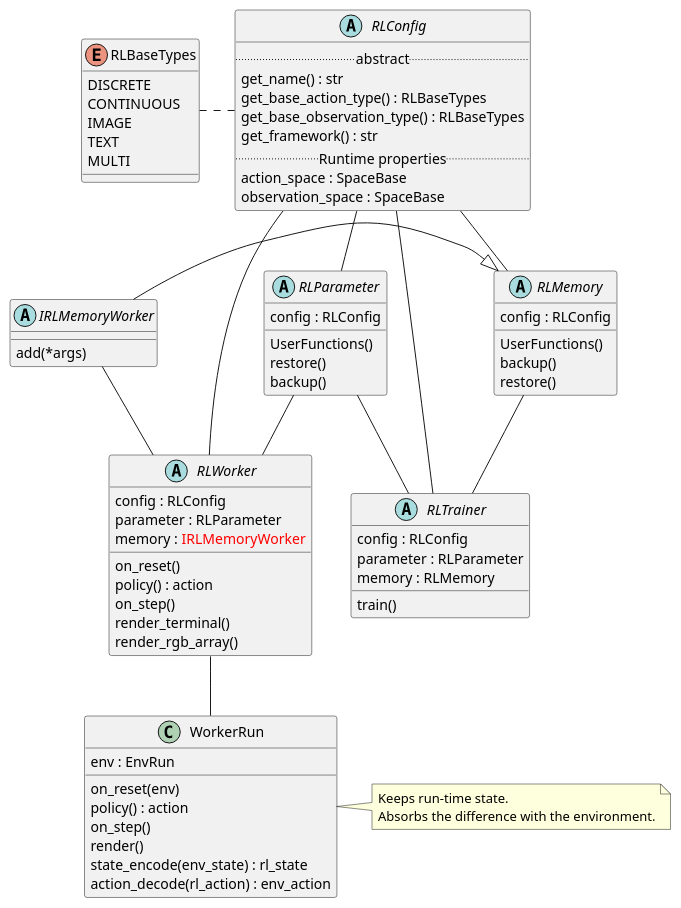
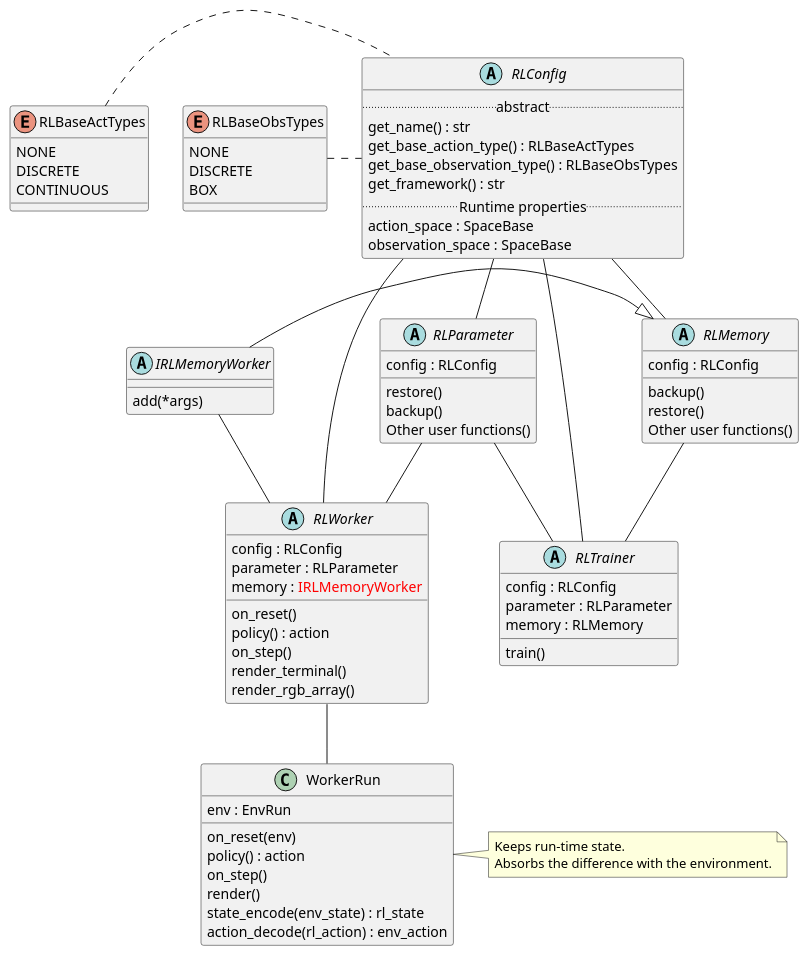
One commit to pocokhc/simple_distributed_rl changed the diagram in diagrams/class_rl.pu. Above: the diagram before and after it, drawn with PlantUML. The commit also changed 6 other files, not shown here.

Commit message:
[diagrams] update

```diff
--- a/diagrams/class_rl.pu
+++ b/diagrams/class_rl.pu
@@ -1,89 +1,93 @@
 @startuml class_rl
 
-enum RLBaseTypes {
+enum RLBaseActTypes {
+    NONE
     DISCRETE
     CONTINUOUS
-    IMAGE
-    TEXT
-    MULTI
 }
 
+enum RLBaseObsTypes {
+    NONE
+    DISCRETE
+    BOX
+}
 
 abstract RLConfig {
     .. abstract ..
     get_name() : str
-    get_base_action_type() : RLBaseTypes
-    get_base_observation_type() : RLBaseTypes
+    get_base_action_type() : RLBaseActTypes
+    get_base_observation_type() : RLBaseObsTypes
     get_framework() : str
     .. Runtime properties ..
     action_space : SpaceBase
     observation_space : SpaceBase
 }
 
 
 abstract IRLMemoryWorker {
     add(*args)
 }
 abstract RLMemory {
     config : RLConfig
-    UserFunctions()
     backup()
     restore()
+    Other user functions()
 }
 IRLMemoryWorker -|> RLMemory
 
 
 abstract RLParameter {
     config : RLConfig
-    UserFunctions()
     restore()
     backup()
+    Other user functions()
 }
 
 
 abstract RLTrainer {
     config : RLConfig
     parameter : RLParameter
     memory : RLMemory
     train()
 }
 
 
 abstract RLWorker {
     config : RLConfig
     parameter : RLParameter
     memory : <color red>IRLMemoryWorker</color>
     on_reset()
     policy() : action
     on_step()
     render_terminal()
     render_rgb_array()
 }
 RLWorker -- WorkerRun
 
 
 class WorkerRun {
     env : EnvRun
     on_reset(env)
     policy() : action
     on_step()
     render()
     state_encode(env_state) : rl_state
     action_decode(rl_action) : env_action
 }
 note "Keeps run-time state.\nAbsorbs the difference with the environment." as WorkerRunMemo
 WorkerRun . WorkerRunMemo
 
-RLBaseTypes . RLConfig
+RLBaseActTypes . RLConfig
+RLBaseObsTypes . RLConfig
 
 RLConfig --- RLWorker
 RLConfig --- RLTrainer
 RLConfig -- RLParameter
 RLConfig -- RLMemory
 
 RLParameter -- RLWorker
 RLParameter -- RLTrainer
 IRLMemoryWorker -- RLWorker
 RLMemory -- RLTrainer
 
 @enduml
```
